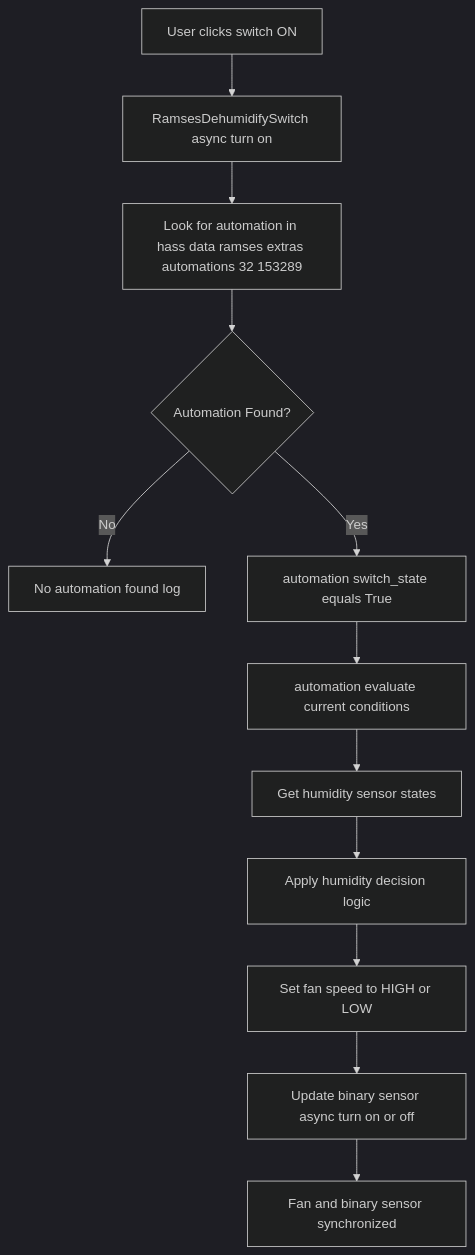
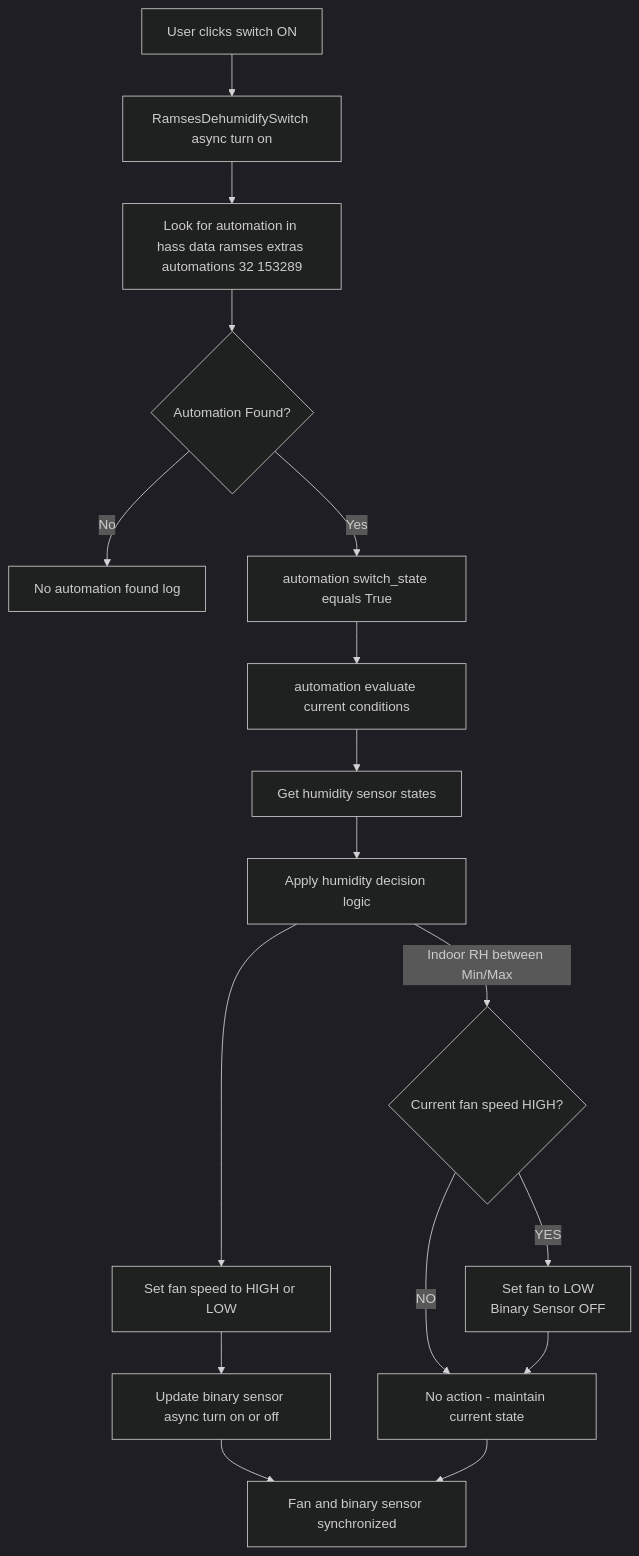
One commit to wimpie70/ramses_extras changed the third of 5 diagrams in docs/humidity_automation_flow.md. Above: the diagram before and after it, drawn with Mermaid (dark theme). The commit also changed other lines of this file and 2 other files, not shown here.

Commit message:
fix humid control condition: when active but the rel humid drops between range, we should set speed to LOW

````diff
--- a/docs/humidity_automation_flow.md
+++ b/docs/humidity_automation_flow.md
@@ -44,15 +45,21 @@
 ```mermaid
 graph TD
     S[User clicks switch ON] --> T[RamsesDehumidifySwitch async turn on]
     T --> U[Look for automation in hass data ramses extras automations 32 153289]
 
     U --> V{Automation Found?}
     V -->|No| W[No automation found log]
     V -->|Yes| X[automation switch_state equals True]
     X --> Y[automation evaluate current conditions]
     Y --> Z[Get humidity sensor states]
     Z --> AA[Apply humidity decision logic]
     AA --> BB[Set fan speed to HIGH or LOW]
     BB --> CC[Update binary sensor async turn on or off]
     CC --> DD[Fan and binary sensor synchronized]
+
+    AA -->|Indoor RH between Min/Max| EE{Current fan speed HIGH?}
+    EE -->|YES| FF[Set fan to LOW<br/>Binary Sensor OFF]
+    EE -->|NO| GG[No action - maintain current state]
+    FF --> GG
+    GG --> DD
 ```
````
